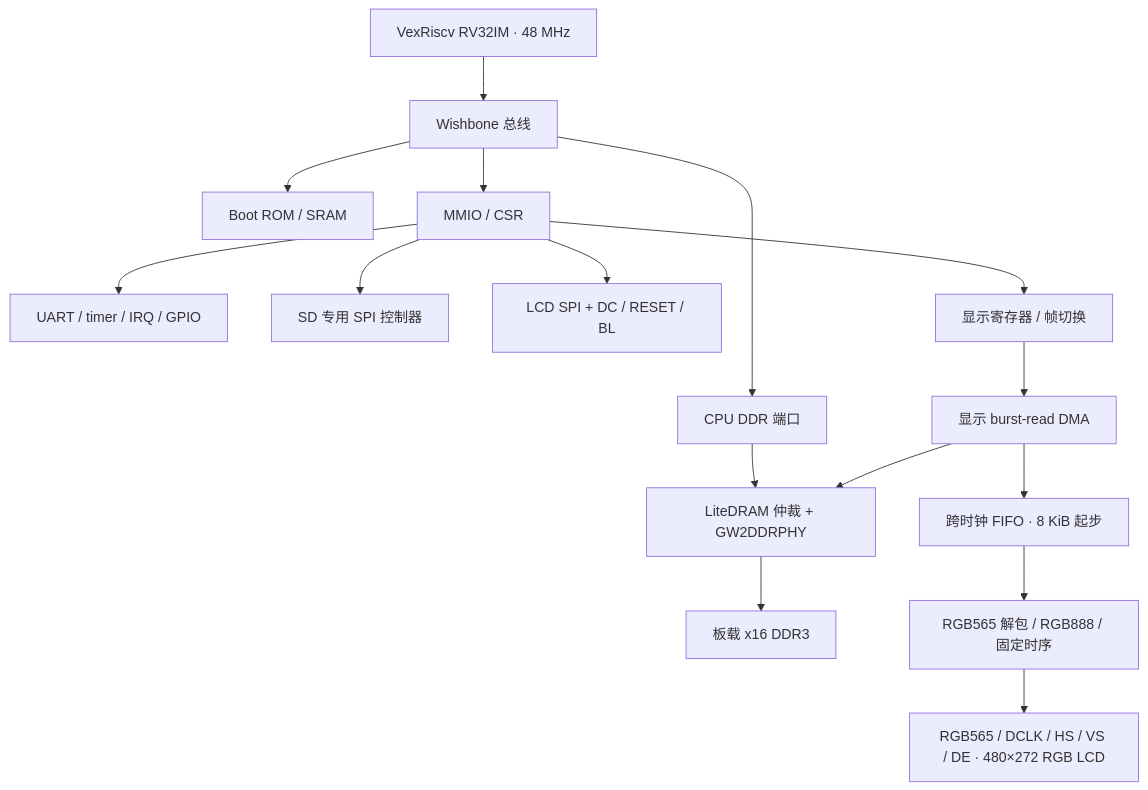
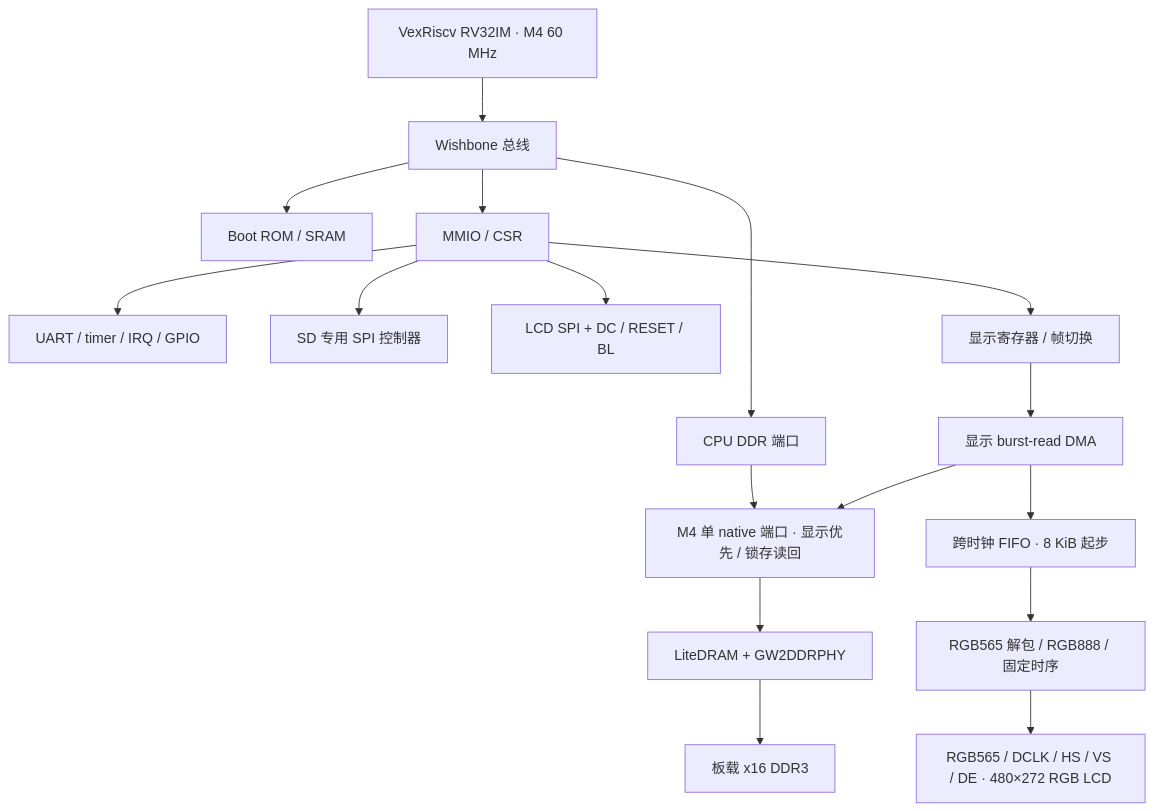
Before and after one commit to bearice/riscv-mini: the diagram in docs/system-plan.md, drawn with Mermaid. The commit also changed other lines of this file and 19 other files, not shown here.

````diff
--- a/docs/system-plan.md
+++ b/docs/system-plan.md
@@ -36,18 +36,19 @@
 ```mermaid
 flowchart TD
-    CPU["VexRiscv RV32IM · 48 MHz"] --> WB["Wishbone 总线"]
+    CPU["VexRiscv RV32IM · M4 60 MHz"] --> WB["Wishbone 总线"]
     WB --> BRAM["Boot ROM / SRAM"]
     WB --> CSR["MMIO / CSR"]
     CSR --> UART["UART / timer / IRQ / GPIO"]
     CSR --> SD["SD 专用 SPI 控制器"]
     CSR --> LCD["LCD SPI + DC / RESET / BL"]
     CSR --> VC["显示寄存器 / 帧切换"]
     WB --> CPUport["CPU DDR 端口"]
-    CPUport --> DRAM["LiteDRAM 仲裁 + GW2DDRPHY"]
-    DMA["显示 burst-read DMA"] --> DRAM
+    CPUport --> ARB["M4 单 native 端口 · 显示优先 / 锁存读回"]
+    DMA["显示 burst-read DMA"] --> ARB
+    ARB --> DRAM["LiteDRAM + GW2DDRPHY"]
     DRAM --> DDR["板载 x16 DDR3"]
     DMA --> FIFO["跨时钟 FIFO · 8 KiB 起步"]
     FIFO --> PIX["RGB565 解包 / RGB888 / 固定时序"]
     PIX --> RGBLCD["RGB565 / DCLK / HS / VS / DE · 480×272 RGB LCD"]
     VC --> DMA
 ```
````
